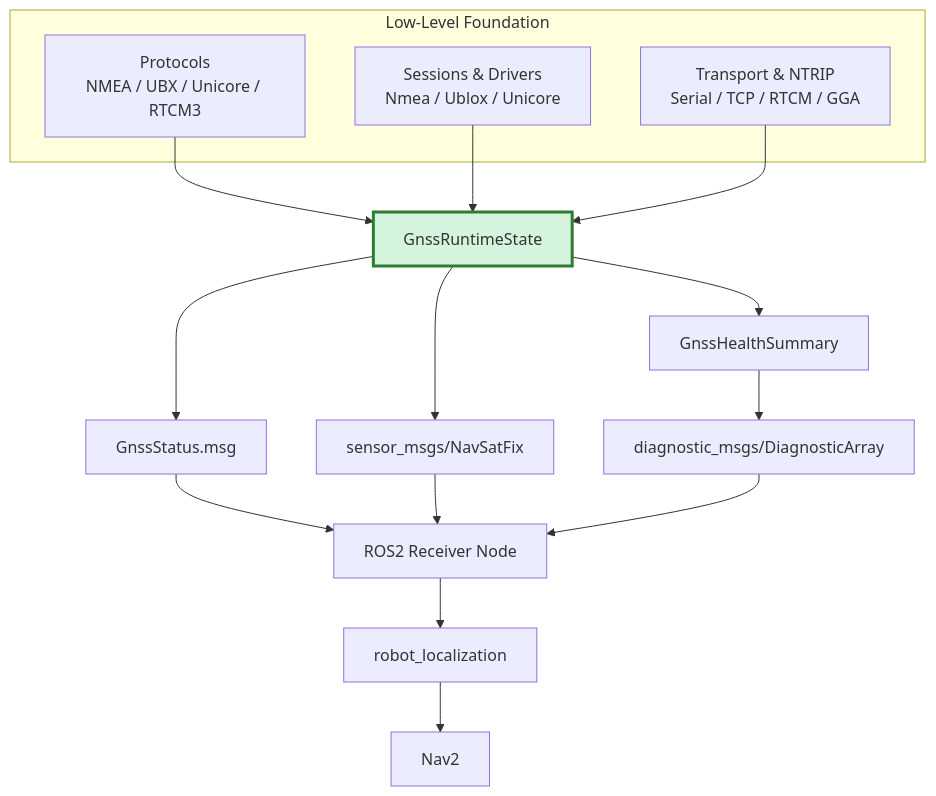
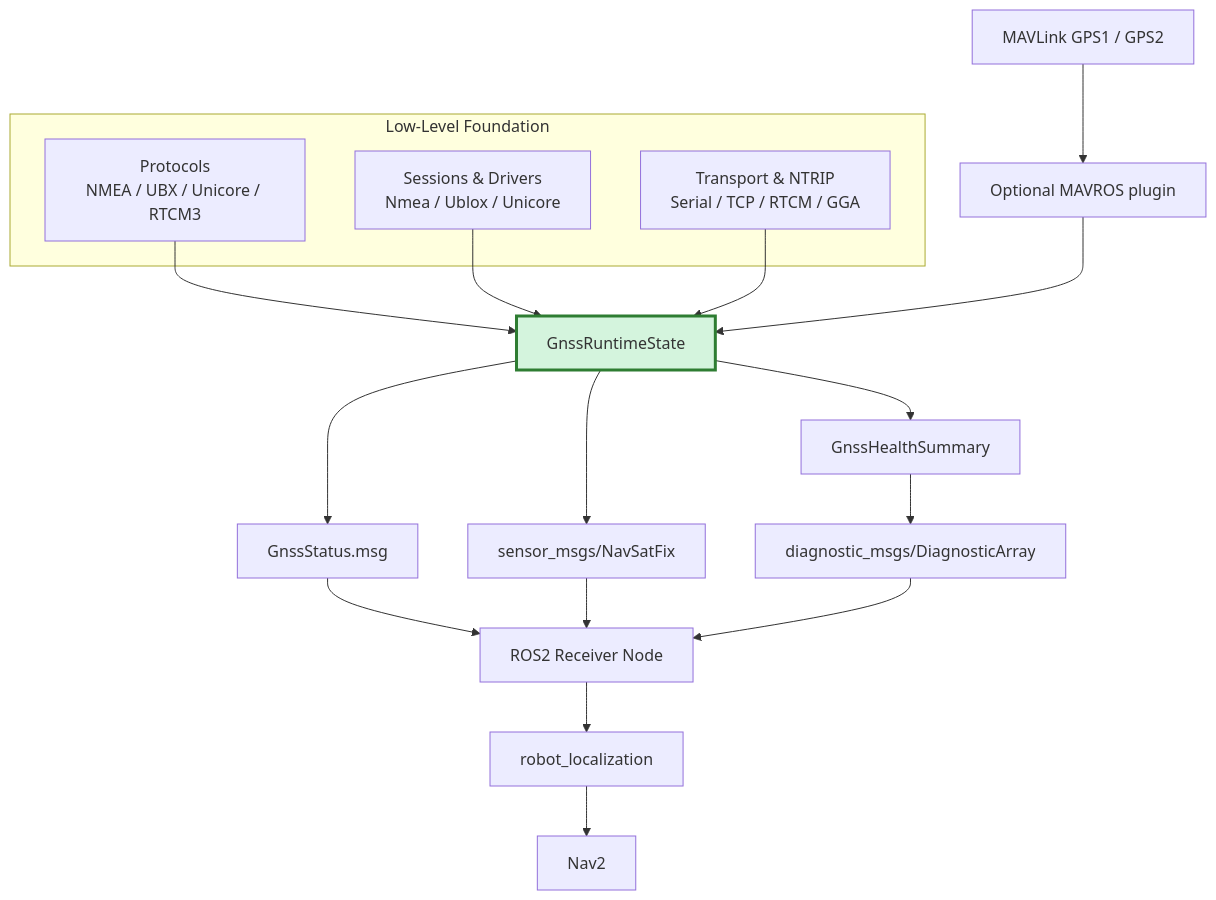
Before and after one commit to Pepeuch/universal-gnss: the diagram in docs/ros2.md, drawn with Mermaid. The commit also changed other lines of this file and 13 other files, not shown here.

Commit message:
feat(mavros): add Universal GNSS transport plugin

````diff
--- a/docs/ros2.md
+++ b/docs/ros2.md
@@ -53,28 +60,30 @@
 ```mermaid
 flowchart TB
 
     subgraph LowLevel["Low-Level Foundation"]
         P["Protocols<br/>NMEA / UBX / Unicore / RTCM3"]
         S["Sessions & Drivers<br/>Nmea / Ublox / Unicore"]
         T["Transport & NTRIP<br/>Serial / TCP / RTCM / GGA"]
     end
 
     P --> R["GnssRuntimeState"]
     S --> R
     T --> R
 
     R --> GS["GnssStatus.msg"]
     R --> NF["sensor_msgs/NavSatFix"]
 
     R --> GH["GnssHealthSummary"]
     GH --> DA["diagnostic_msgs/DiagnosticArray"]
 
     GS --> RN["ROS2 Receiver Node"]
     NF --> RN
     DA --> RN
 
     RN --> RL["robot_localization"]
+    ML["MAVLink GPS1 / GPS2"] --> MP["Optional MAVROS plugin"]
+    MP --> R
     RL --> NAV["Nav2"]
 
     style R fill:#d4f4dd,stroke:#2e7d32,stroke-width:3px
 ```
````
